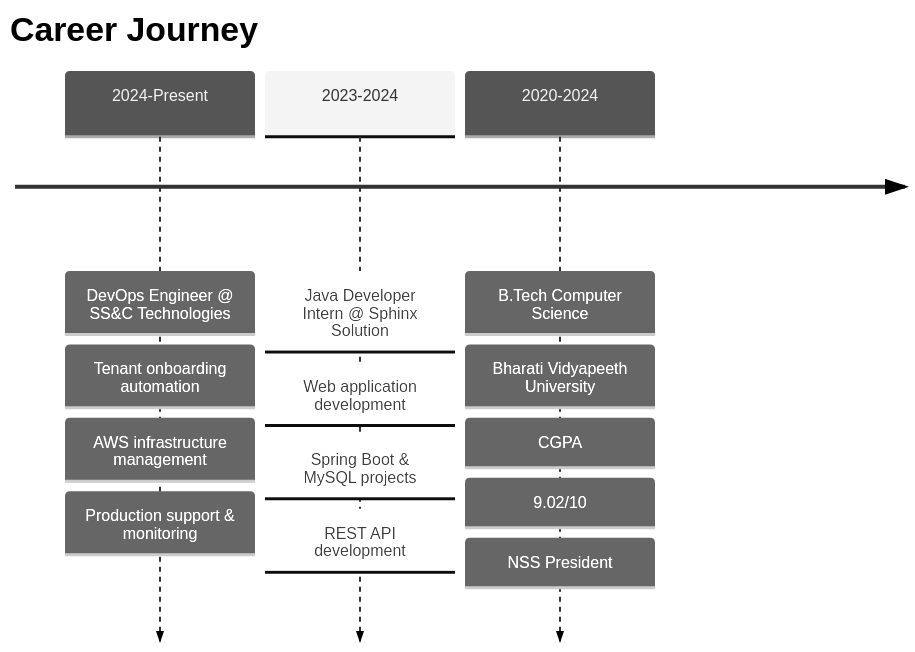
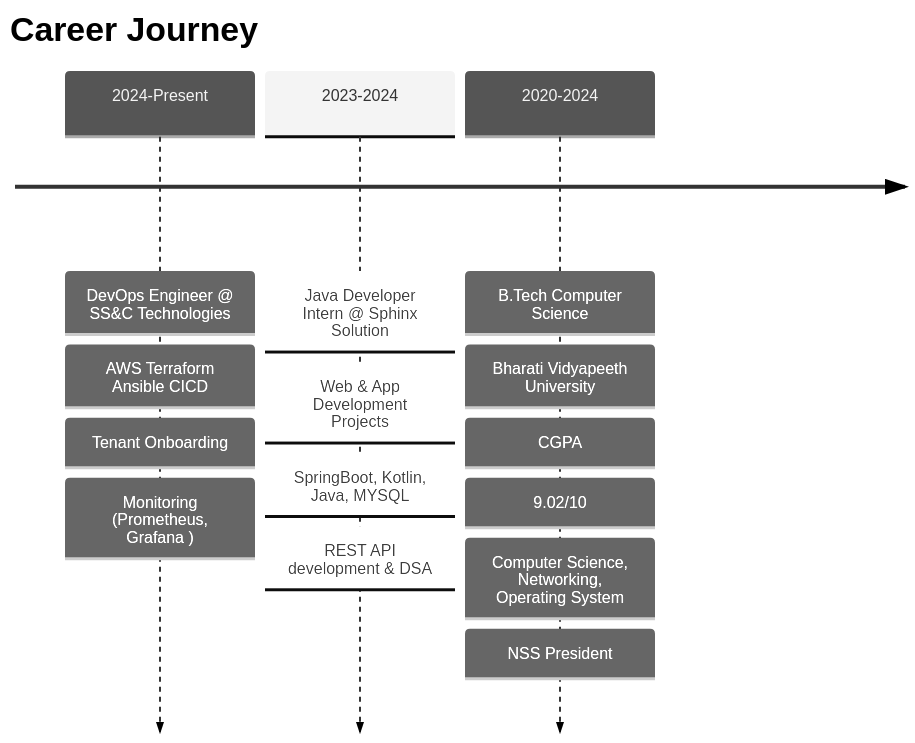
Before and after one commit to Ronak083/Ronak083: the diagram in README.md, drawn with Mermaid (neutral theme). The commit also changed other lines of this file, not shown here.

````diff
--- a/README.md
+++ b/README.md
@@ -119,19 +119,19 @@
 ```mermaid
 timeline
     title Career Journey
     
     2024-Present : DevOps Engineer @ SS&C Technologies
-                 : Tenant onboarding automation
-                 : AWS infrastructure management
-                 : Production support & monitoring
-                 
+                 : AWS Terraform Ansible CICD
+                 : Tenant Onboarding 
+                 : Monitoring (Prometheus, Grafana )
+
     2023-2024    : Java Developer Intern @ Sphinx Solution
-                 : Web application development
-                 : Spring Boot & MySQL projects
-                 : REST API development
+                 : Web & App Development Projects
+                 : SpringBoot, Kotlin, Java, MYSQL
+                 : REST API development & DSA
                  
     2020-2024    : B.Tech Computer Science
-                 : Bharati Vidyapeeth University
-                 : CGPA: 9.02/10
+                 : Bharati Vidyapeeth University: CGPA: 9.02/10
+                 : Computer Science, Networking, Operating System 
                  : NSS President
 ```
````
